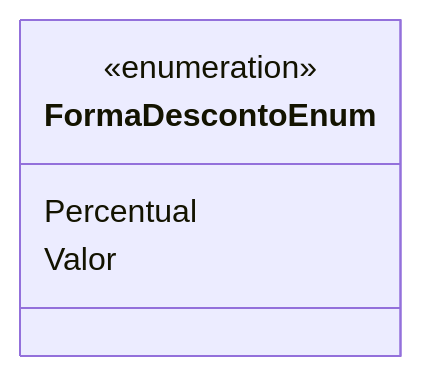
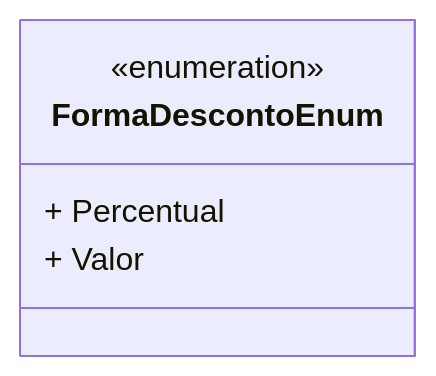
One commit to IsthmusSistemas/documentacao-tecnica changed the diagram in docs/b2b-dominio/IsthmusWinthor.Nucleo/IsthmusWinthor.Dominio/Enumeradores/FormaDescontoEnum.md. Above: the diagram before and after it, drawn with Mermaid. The commit also changed other lines of this file and 882 other files, not shown here.

````diff
--- a/docs/b2b-dominio/IsthmusWinthor.Nucleo/IsthmusWinthor.Dominio/Enumeradores/FormaDescontoEnum.md
+++ b/docs/b2b-dominio/IsthmusWinthor.Nucleo/IsthmusWinthor.Dominio/Enumeradores/FormaDescontoEnum.md
@@ -21,8 +12,8 @@
 ```mermaid
 classDiagram
     class FormaDescontoEnum {
         <<enumeration>>
-        Percentual
-        Valor
+        + Percentual
+        + Valor
     }
 ```
````
